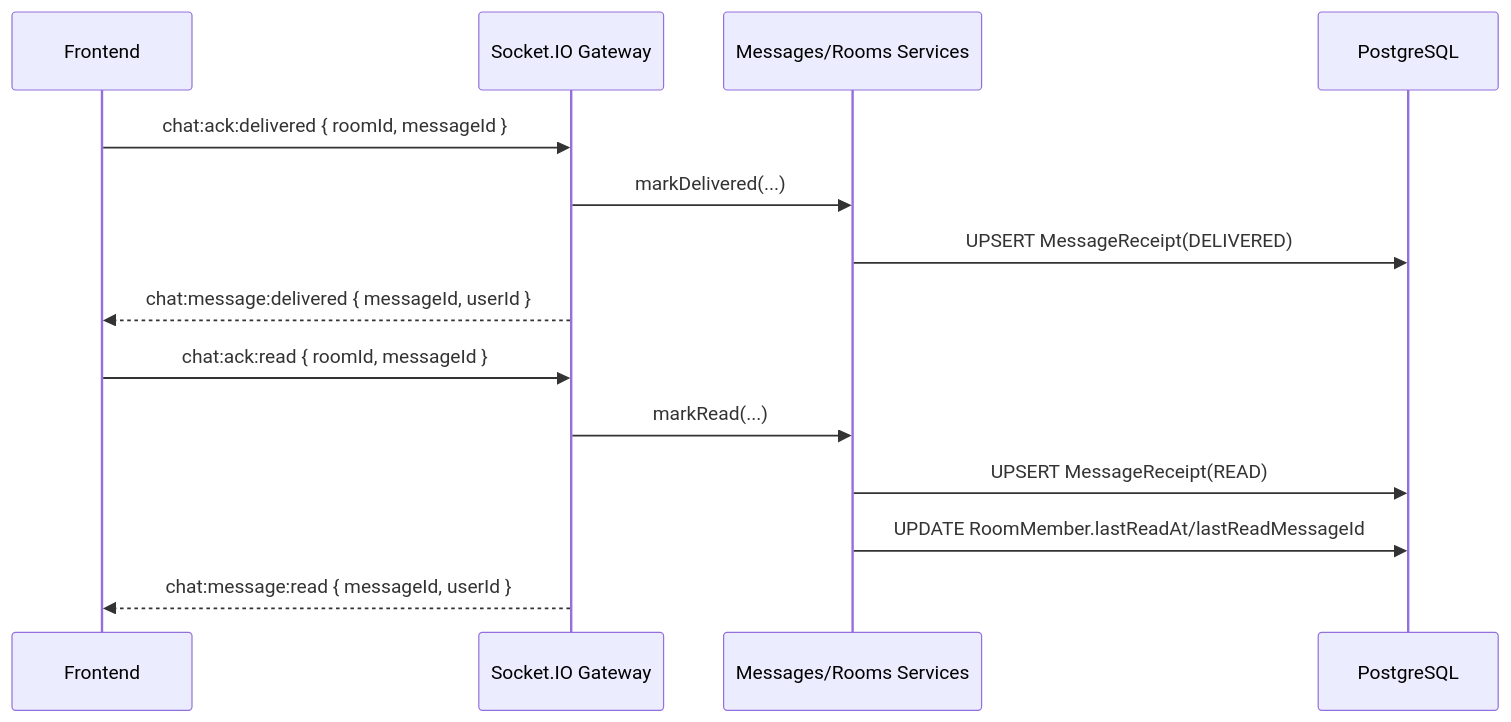
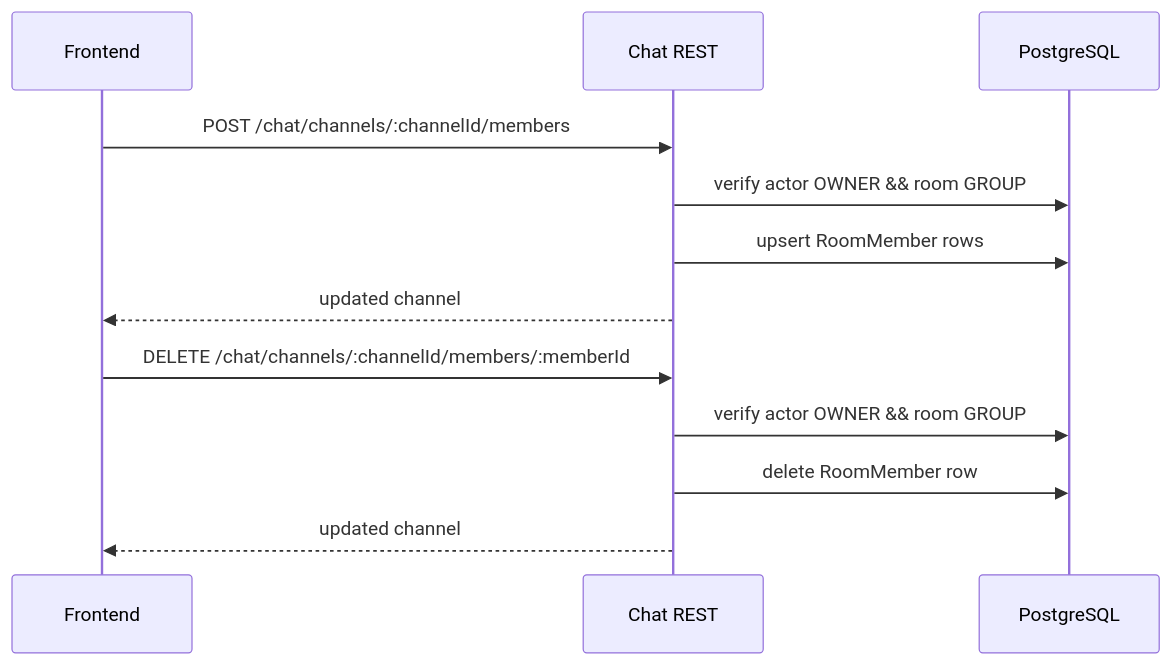
One commit to mikias1219/backend-chat changed the fifth of 5 diagrams in README.md. Above: the diagram before and after it, drawn with Mermaid. The commit also changed other lines of this file and 11 other files, not shown here.

First line of the commit message:
feat: separate channel and direct chat APIs

````diff
--- a/README.md
+++ b/README.md
@@ -268,18 +160,16 @@
 ```mermaid
 sequenceDiagram
   participant FE as Frontend
-  participant WS as Socket.IO Gateway
-  participant SVC as Messages/Rooms Services
+  participant API as Chat REST
   participant DB as PostgreSQL
 
-  FE->>WS: chat:ack:delivered { roomId, messageId }
-  WS->>SVC: markDelivered(...)
-  SVC->>DB: UPSERT MessageReceipt(DELIVERED)
-  WS-->>FE: chat:message:delivered { messageId, userId }
+  FE->>API: POST /chat/channels/:channelId/members
+  API->>DB: verify actor OWNER && room GROUP
+  API->>DB: upsert RoomMember rows
+  API-->>FE: updated channel
 
-  FE->>WS: chat:ack:read { roomId, messageId }
-  WS->>SVC: markRead(...)
-  SVC->>DB: UPSERT MessageReceipt(READ)
-  SVC->>DB: UPDATE RoomMember.lastReadAt/lastReadMessageId
-  WS-->>FE: chat:message:read { messageId, userId }
+  FE->>API: DELETE /chat/channels/:channelId/members/:memberId
+  API->>DB: verify actor OWNER && room GROUP
+  API->>DB: delete RoomMember row
+  API-->>FE: updated channel
 ```
````
